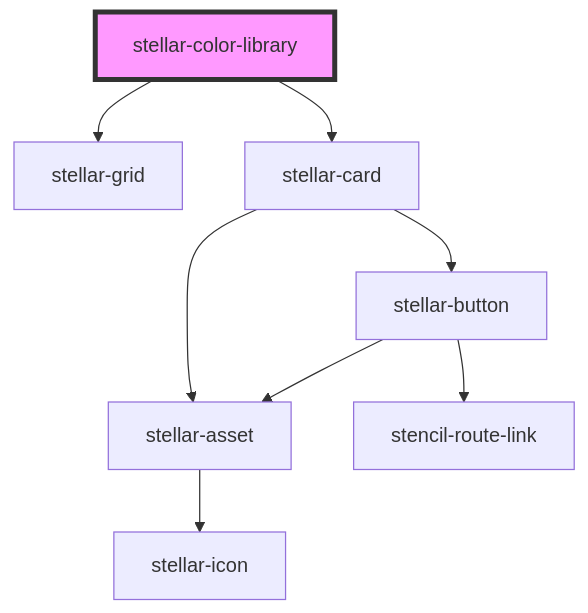
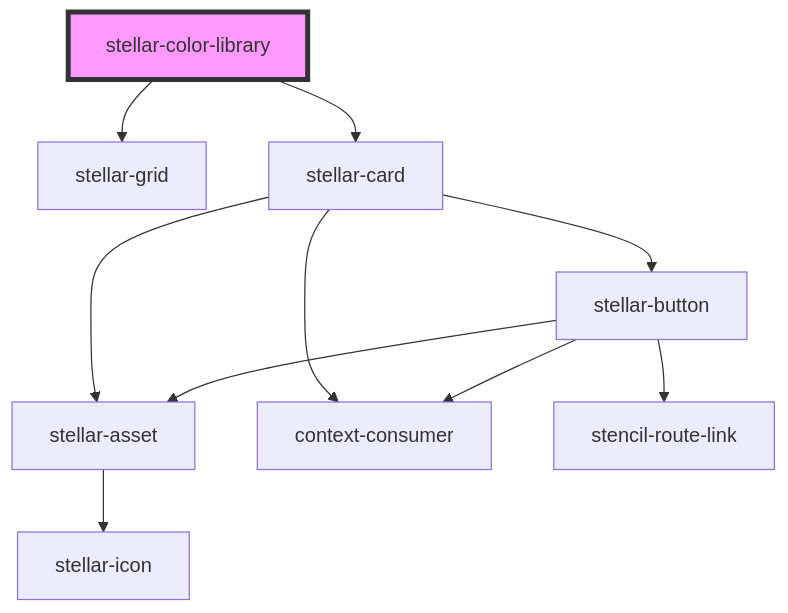
Before and after one commit to splitinfinities/Stellar: the diagram in src/components/helpers/color-library/readme.md, drawn with Mermaid. The commit also changed 44 other files, not shown here.

````diff
--- a/src/components/helpers/color-library/readme.md
+++ b/src/components/helpers/color-library/readme.md
@@ -24,11 +24,13 @@
 ```mermaid
 graph TD;
   stellar-color-library --> stellar-grid
   stellar-color-library --> stellar-card
   stellar-card --> stellar-button
   stellar-card --> stellar-asset
+  stellar-card --> context-consumer
   stellar-button --> stellar-asset
   stellar-button --> stencil-route-link
+  stellar-button --> context-consumer
   stellar-asset --> stellar-icon
   style stellar-color-library fill:#f9f,stroke:#333,stroke-width:4px
 ```
````
